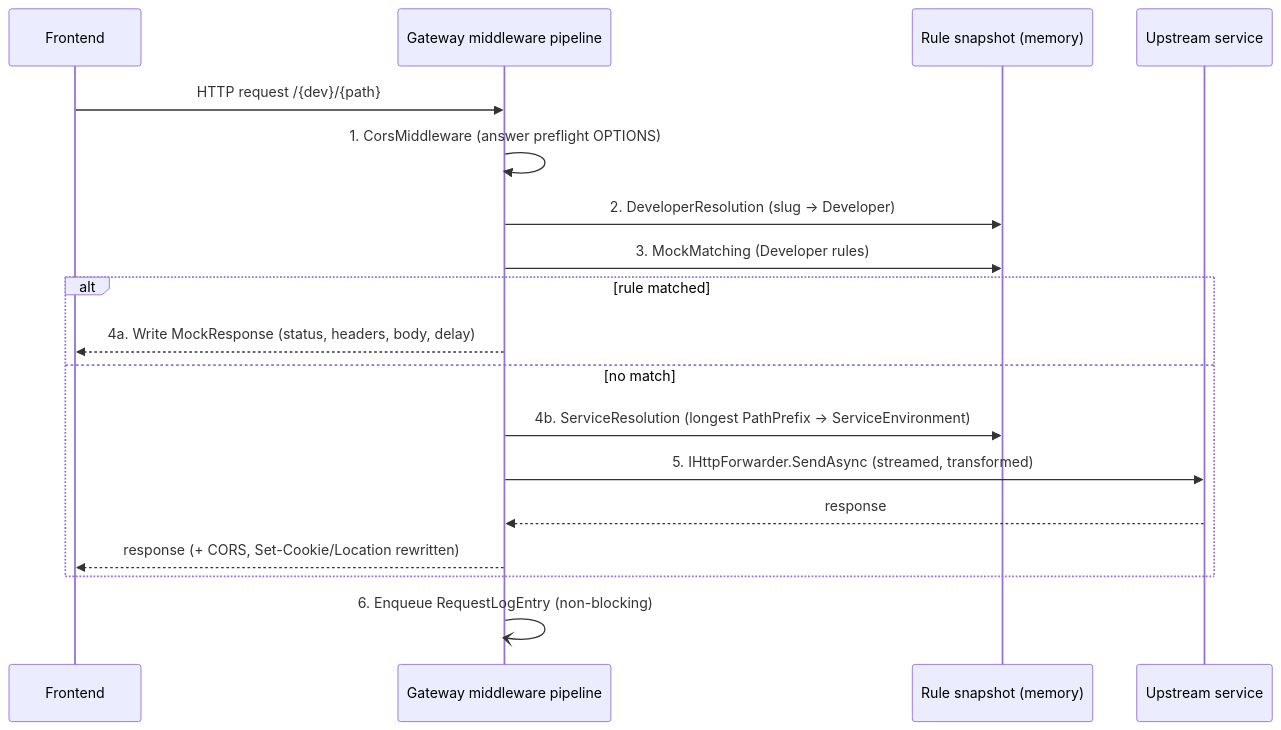
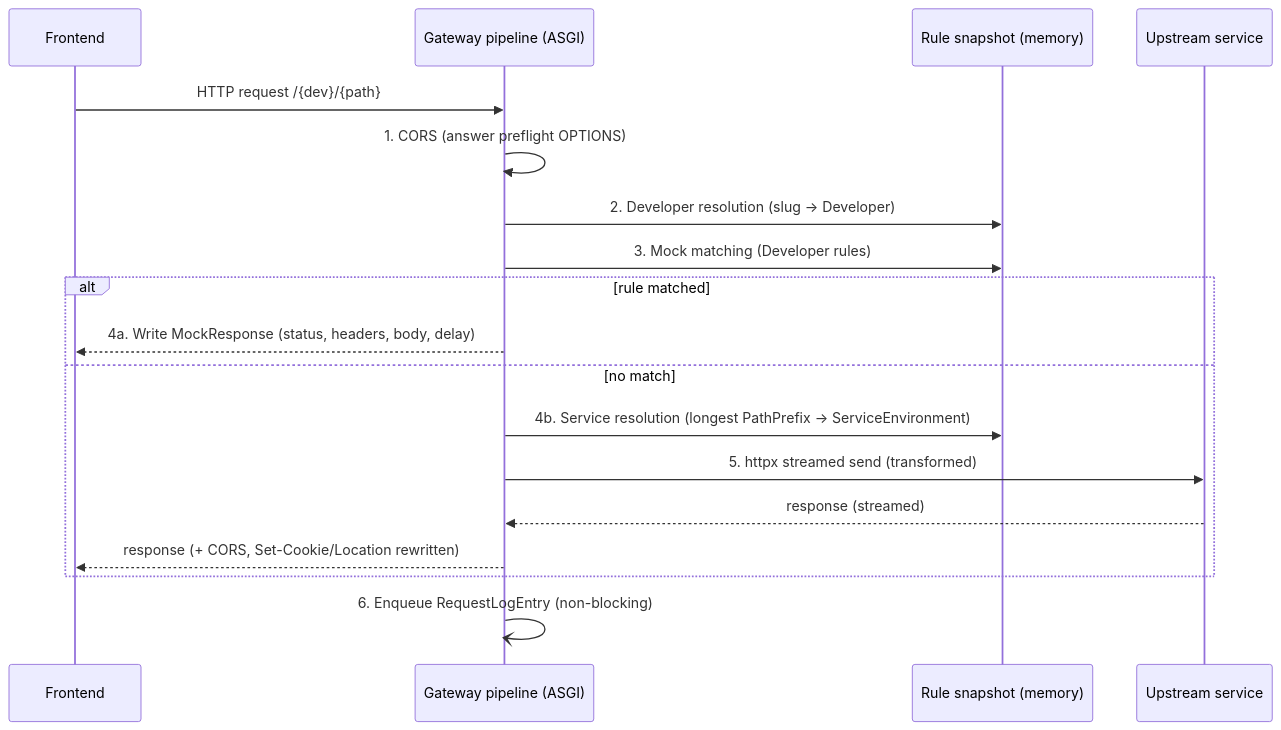
One commit to modarreszadeh/Mockan changed the second of 3 diagrams in Agent/mockan-architecture.md. Above: the diagram before and after it, drawn with Mermaid. The commit also changed other lines of this file and 6 other files, not shown here.

````diff
--- a/Agent/mockan-architecture.md
+++ b/Agent/mockan-architecture.md
@@ -177,20 +188,20 @@
 ```mermaid
 sequenceDiagram
     participant FE as Frontend
-    participant GW as Gateway middleware pipeline
+    participant GW as Gateway pipeline (ASGI)
     participant SNAP as Rule snapshot (memory)
     participant UP as Upstream service
     FE->>GW: HTTP request /{dev}/{path}
-    GW->>GW: 1. CorsMiddleware (answer preflight OPTIONS)
-    GW->>SNAP: 2. DeveloperResolution (slug → Developer)
-    GW->>SNAP: 3. MockMatching (Developer rules)
+    GW->>GW: 1. CORS (answer preflight OPTIONS)
+    GW->>SNAP: 2. Developer resolution (slug → Developer)
+    GW->>SNAP: 3. Mock matching (Developer rules)
     alt rule matched
         GW-->>FE: 4a. Write MockResponse (status, headers, body, delay)
     else no match
-        GW->>SNAP: 4b. ServiceResolution (longest PathPrefix → ServiceEnvironment)
-        GW->>UP: 5. IHttpForwarder.SendAsync (streamed, transformed)
-        UP-->>GW: response
+        GW->>SNAP: 4b. Service resolution (longest PathPrefix → ServiceEnvironment)
+        GW->>UP: 5. httpx streamed send (transformed)
+        UP-->>GW: response (streamed)
         GW-->>FE: response (+ CORS, Set-Cookie/Location rewritten)
     end
     GW-)GW: 6. Enqueue RequestLogEntry (non-blocking)
 ```
````
